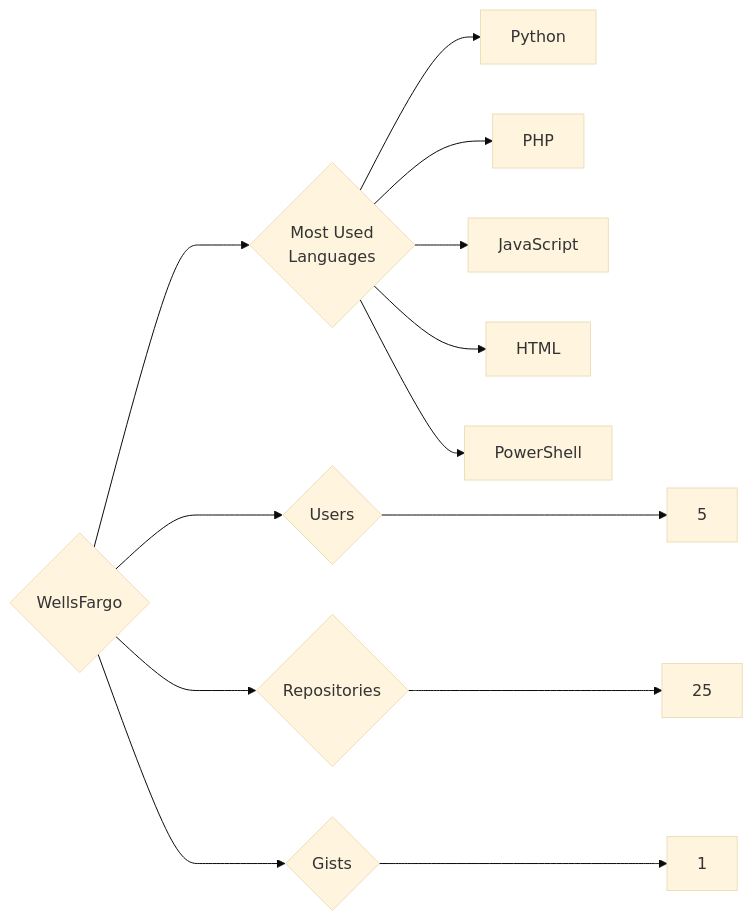
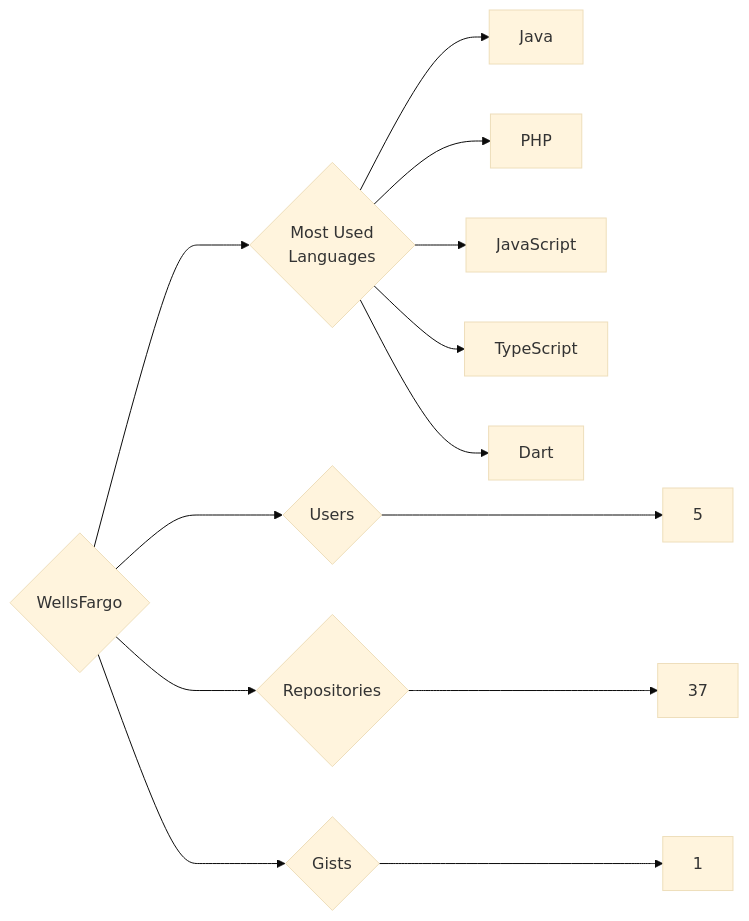
The diagram in targets/WellsFargo/README.md (trickest/insiders), drawn with Mermaid (base theme) before and after one commit. The commit also changed 973 other files, not shown here.

````diff
--- a/targets/WellsFargo/README.md
+++ b/targets/WellsFargo/README.md
@@ -3,13 +3,13 @@
 ```mermaid
 graph LR
 COMPANY_NAME{WellsFargo}
 COMPANY_NAME ---> U{Users} ---> UN[5]
-COMPANY_NAME ---> R{Repositories} ---> RN[25]
+COMPANY_NAME ---> R{Repositories} ---> RN[37]
 COMPANY_NAME ---> G{Gists} ---> GN[1]
 COMPANY_NAME ---> ML{Most Used<br>Languages}
-ML --> Python[Python]
+ML --> Java[Java]
 ML --> PHP[PHP]
 ML --> JavaScript[JavaScript]
-ML --> HTML[HTML]
-ML --> PowerShell[PowerShell]
+ML --> TypeScript[TypeScript]
+ML --> Dart[Dart]
 ```
````
